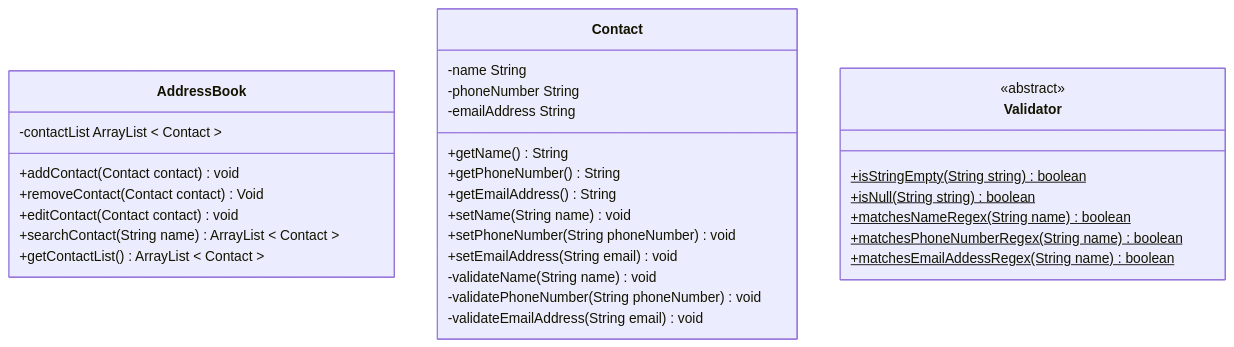
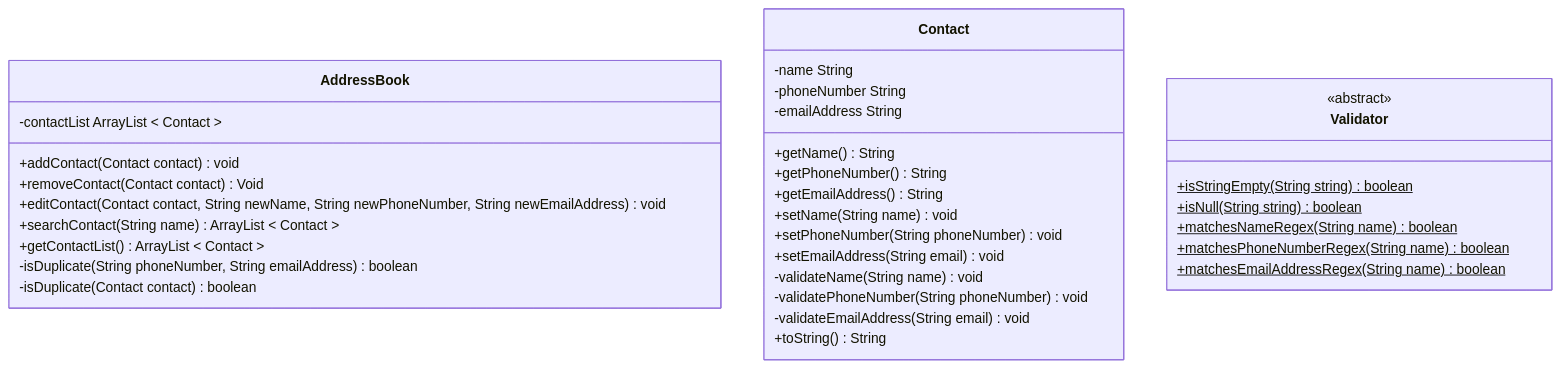
Before and after one commit to fabiodplacerda/Address-book: the diagram in docs/domain-models-test-plan.md, drawn with Mermaid. The commit also changed other lines of this file, not shown here.

````diff
--- a/docs/domain-models-test-plan.md
+++ b/docs/domain-models-test-plan.md
@@ -94,36 +100,39 @@
 ```mermaid
 classDiagram
     class AddressBook {
         -contactList ArrayList < Contact >
         +addContact(Contact contact) void
         +removeContact(Contact contact) Void
-        +editContact(Contact contact) void
+        +editContact(Contact contact, String newName, String newPhoneNumber, String newEmailAddress) void
         +searchContact(String name) ArrayList < Contact >
         +getContactList() ArrayList < Contact >
+        -isDuplicate (String phoneNumber, String emailAddress) boolean
+        -isDuplicate (Contact contact) boolean
     }
 
     class Contact {
         -name String
         -phoneNumber String
         -emailAddress String
         +getName() String
         +getPhoneNumber() String
         +getEmailAddress() String
         +setName(String name) void
         +setPhoneNumber(String phoneNumber) void
         +setEmailAddress(String email) void
         -validateName(String name) void
         -validatePhoneNumber(String phoneNumber) void
         -validateEmailAddress(String email) void
+        +toString() String
     }
 
     class Validator {
         <<abstract>>
         +isStringEmpty(String string)$ boolean
         +isNull(String string)$ boolean
         +matchesNameRegex(String name)$ boolean
         +matchesPhoneNumberRegex(String name)$ boolean
-        +matchesEmailAddessRegex(String name)$ boolean
+        +matchesEmailAddressRegex(String name)$ boolean
     }
 
 ```
````
